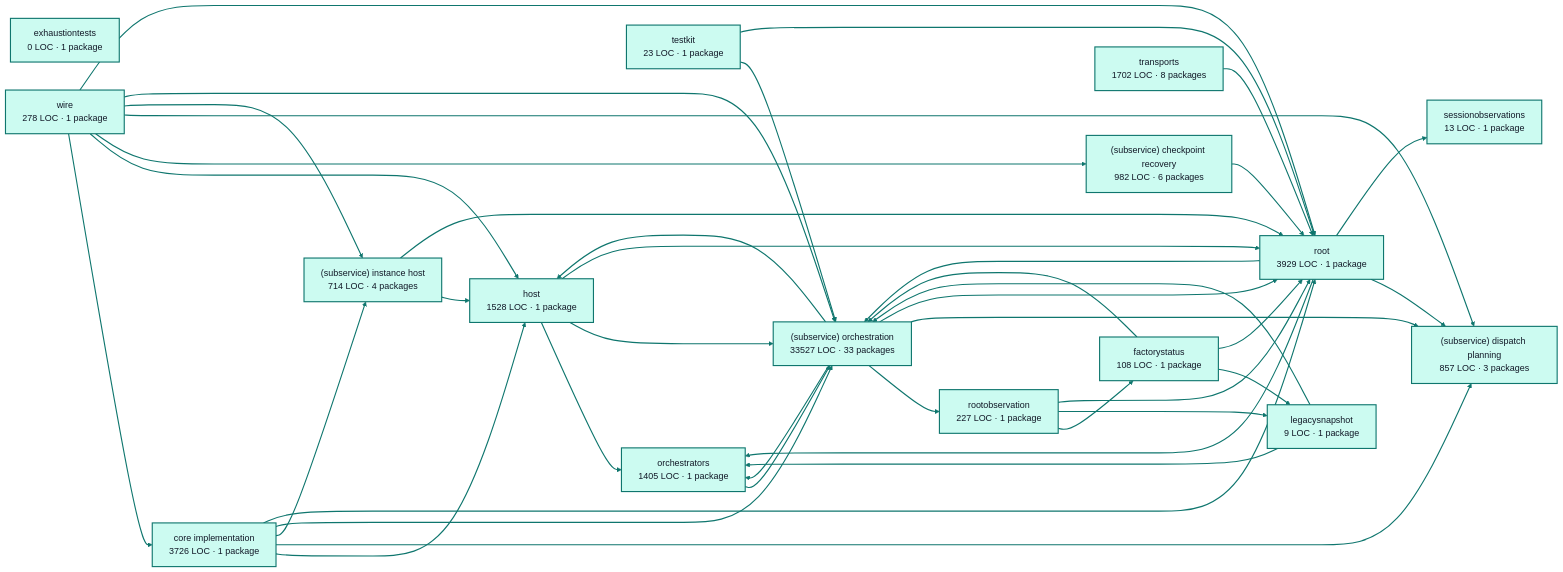
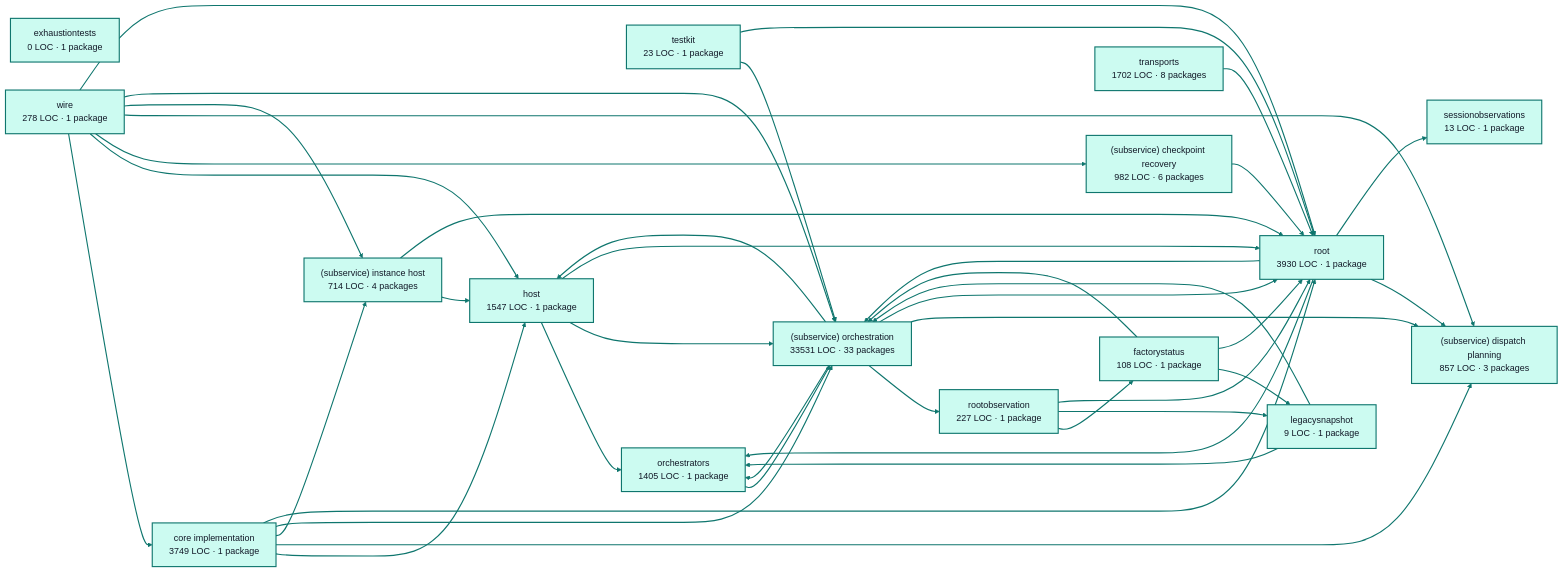
One commit to portpowered/you-agent-factory changed the diagram in docs/architecture/visualizations/services/factory_runtime.md. Above: the diagram before and after it, drawn with Mermaid (forest theme). The commit also changed other lines of this file and 20 other files, not shown here.

Commit message:
docs: refresh backend architecture visualizations

````diff
--- a/docs/architecture/visualizations/services/factory_runtime.md
+++ b/docs/architecture/visualizations/services/factory_runtime.md
@@ -11,75 +11,75 @@
 ```mermaid
 flowchart LR
-  p0["core implementation<br/>3726 LOC · 1 package"]
+  p0["core implementation<br/>3749 LOC · 1 package"]
   p1["exhaustiontests<br/>0 LOC · 1 package"]
   p2["factorystatus<br/>108 LOC · 1 package"]
-  p3["host<br/>1528 LOC · 1 package"]
+  p3["host<br/>1547 LOC · 1 package"]
   p4["legacysnapshot<br/>9 LOC · 1 package"]
   p5["orchestrators<br/>1405 LOC · 1 package"]
   p6["rootobservation<br/>227 LOC · 1 package"]
   p7["(subservice) checkpoint recovery<br/>982 LOC · 6 packages"]
   p8["(subservice) dispatch planning<br/>857 LOC · 3 packages"]
   p9["(subservice) instance host<br/>714 LOC · 4 packages"]
-  p10["(subservice) orchestration<br/>33527 LOC · 33 packages"]
+  p10["(subservice) orchestration<br/>33531 LOC · 33 packages"]
   p11["sessionobservations<br/>13 LOC · 1 package"]
   p12["testkit<br/>23 LOC · 1 package"]
-  p13["root<br/>3929 LOC · 1 package"]
+  p13["root<br/>3930 LOC · 1 package"]
   p14["transports<br/>1702 LOC · 8 packages"]
   p15["wire<br/>278 LOC · 1 package"]
   p0 --> p3
   p0 --> p8
   p0 --> p9
   p0 --> p10
   p0 --> p13
   p2 --> p4
   p2 --> p10
   p2 --> p13
   p3 --> p5
   p3 --> p10
   p3 --> p13
   p4 --> p5
   p4 --> p10
   p5 --> p10
   p6 --> p2
   p6 --> p4
   p6 --> p13
   p7 --> p13
   p9 --> p3
   p9 --> p13
   p10 --> p3
   p10 --> p5
   p10 --> p6
   p10 --> p8
   p10 --> p13
   p12 --> p10
   p12 --> p13
   p13 --> p5
   p13 --> p8
   p13 --> p10
   p13 --> p11
   p14 --> p13
   p15 --> p0
   p15 --> p3
   p15 --> p7
   p15 --> p8
   p15 --> p9
   p15 --> p10
   p15 --> p13
   style p0 fill:#ccfbf1,stroke:#0f766e,stroke-width:2px,color:#111827
   style p1 fill:#ccfbf1,stroke:#0f766e,stroke-width:2px,color:#111827
   style p2 fill:#ccfbf1,stroke:#0f766e,stroke-width:2px,color:#111827
   style p3 fill:#ccfbf1,stroke:#0f766e,stroke-width:2px,color:#111827
   style p4 fill:#ccfbf1,stroke:#0f766e,stroke-width:2px,color:#111827
   style p5 fill:#ccfbf1,stroke:#0f766e,stroke-width:2px,color:#111827
   style p6 fill:#ccfbf1,stroke:#0f766e,stroke-width:2px,color:#111827
   style p7 fill:#ccfbf1,stroke:#0f766e,stroke-width:2px,color:#111827
   style p8 fill:#ccfbf1,stroke:#0f766e,stroke-width:2px,color:#111827
   style p9 fill:#ccfbf1,stroke:#0f766e,stroke-width:2px,color:#111827
   style p10 fill:#ccfbf1,stroke:#0f766e,stroke-width:2px,color:#111827
   style p11 fill:#ccfbf1,stroke:#0f766e,stroke-width:2px,color:#111827
   style p12 fill:#ccfbf1,stroke:#0f766e,stroke-width:2px,color:#111827
   style p13 fill:#ccfbf1,stroke:#0f766e,stroke-width:2px,color:#111827
   style p14 fill:#ccfbf1,stroke:#0f766e,stroke-width:2px,color:#111827
   style p15 fill:#ccfbf1,stroke:#0f766e,stroke-width:2px,color:#111827
   linkStyle default stroke:#0f766e,stroke-width:2px
 ```
````
